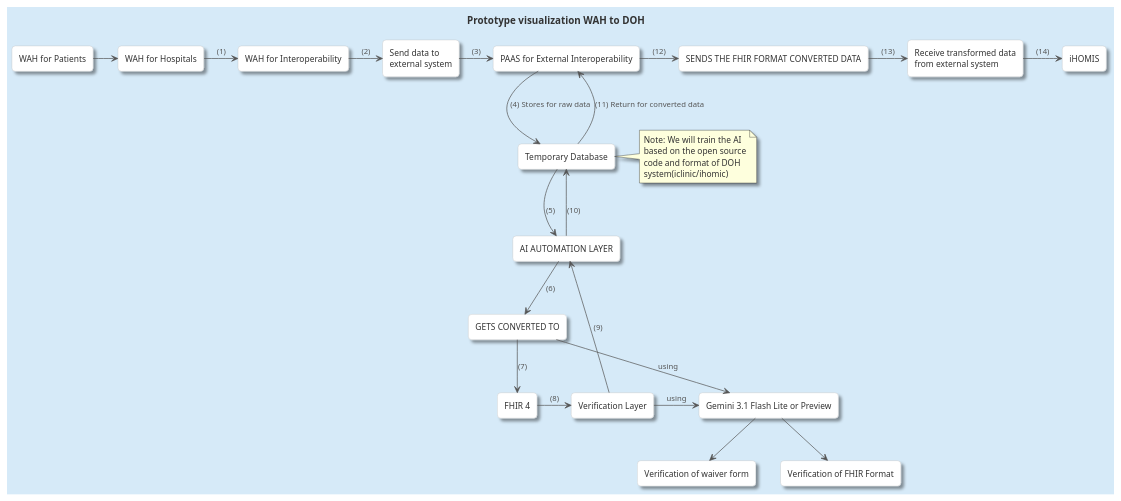
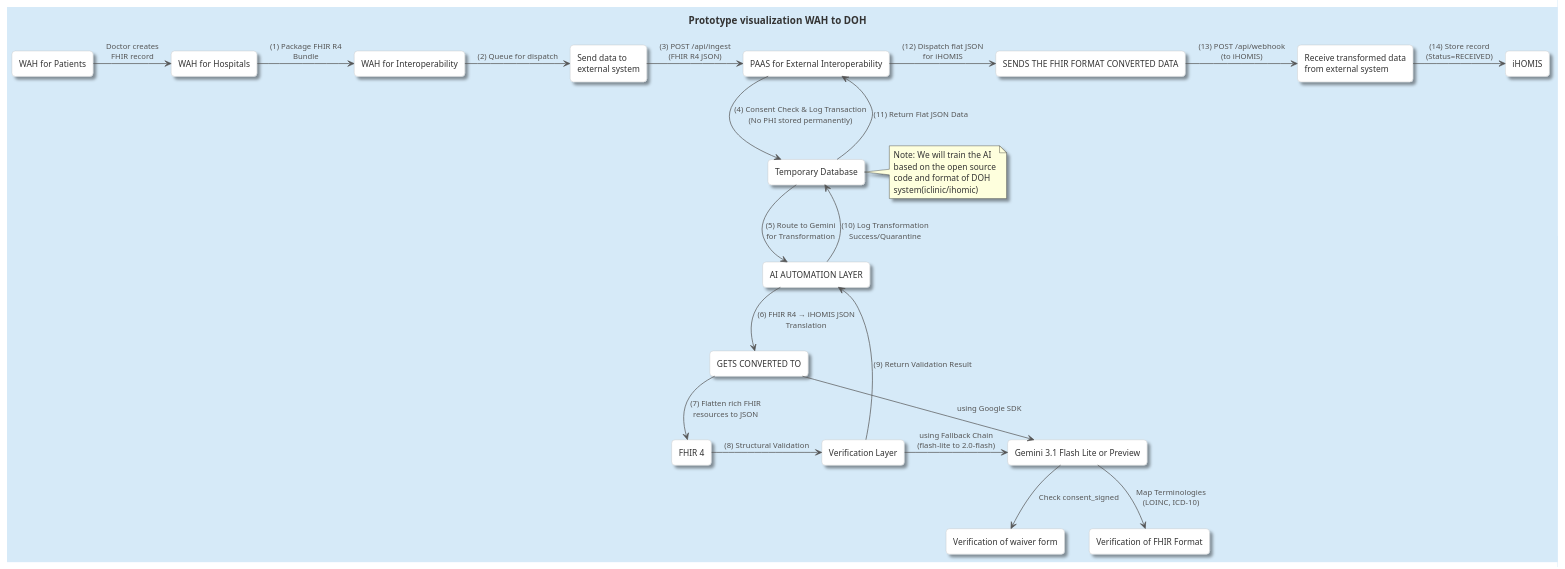
One commit to Vince0028/WAH4PCE-MERGE-CONFLICT changed the diagram in diagrams/flow_wah_to_doh.puml. Above: the diagram before and after it, drawn with PlantUML. The commit also changed 3 other files, not shown here.

Commit message:
docs: refine README and system context diagrams with improved descriptions and formatting

```diff
--- a/diagrams/flow_wah_to_doh.puml
+++ b/diagrams/flow_wah_to_doh.puml
@@ -1,75 +1,75 @@
 @startuml Flow_WAH_to_DOH
 ' ============================================================
 ' Flow: WAH to DOH (Based on Figma Prototype Visualization)
 ' ============================================================
 
 skinparam backgroundColor #D6EAF8
 skinparam defaultFontColor #333333
 skinparam defaultFontName "Segoe UI"
 skinparam defaultFontSize 12
 skinparam shadowing true
 
 skinparam rectangle {
     BackgroundColor #FFFFFF
     BorderColor #BDBDBD
     FontColor #333333
     FontSize 12
     RoundCorner 10
 }
 
 skinparam arrow {
     Color #555555
     FontColor #555555
     FontSize 11
 }
 
 title **Prototype visualization WAH to DOH**
 
 rectangle "WAH for Patients" as WAH_PATIENTS
 rectangle "WAH for Hospitals" as WAH_HOSP
 rectangle "WAH for Interoperability" as WAH_INTEROP
 rectangle "Send data to\nexternal system" as SEND_EXT
 rectangle "PAAS for External Interoperability" as PAAS
 rectangle "Temporary Database" as TEMP_DB
 rectangle "AI AUTOMATION LAYER" as AI_LAYER
 rectangle "GETS CONVERTED TO" as CONVERT
 rectangle "FHIR 4" as FHIR
 rectangle "Verification Layer" as VERIFY
 rectangle "Gemini 3.1 Flash Lite or Preview" as GEMINI
 rectangle "Verification of waiver form" as WAIVER
 rectangle "Verification of FHIR Format" as FORMAT
 rectangle "SENDS THE FHIR FORMAT CONVERTED DATA" as SEND_FHIR
 rectangle "Receive transformed data\nfrom external system" as RECEIVE_TRANS
 rectangle "iHOMIS" as IHOMIS
 
 ' Main horizontal flow
-WAH_PATIENTS -right-> WAH_HOSP
-WAH_HOSP -right-> WAH_INTEROP : (1)
-WAH_INTEROP -right-> SEND_EXT : (2)
-SEND_EXT -right-> PAAS : (3)
-PAAS -right-> SEND_FHIR : (12)
-SEND_FHIR -right-> RECEIVE_TRANS : (13)
-RECEIVE_TRANS -right-> IHOMIS : (14)
+WAH_PATIENTS -right-> WAH_HOSP : Doctor creates\nFHIR record
+WAH_HOSP -right-> WAH_INTEROP : (1) Package FHIR R4\nBundle
+WAH_INTEROP -right-> SEND_EXT : (2) Queue for dispatch
+SEND_EXT -right-> PAAS : (3) POST /api/ingest\n(FHIR R4 JSON)
+PAAS -right-> SEND_FHIR : (12) Dispatch flat JSON\nfor iHOMIS
+SEND_FHIR -right-> RECEIVE_TRANS : (13) POST /api/webhook\n(to iHOMIS)
+RECEIVE_TRANS -right-> IHOMIS : (14) Store record\n(Status=RECEIVED)
 
 ' Vertical AI Flow
-PAAS -down-> TEMP_DB : (4) Stores for raw data
-TEMP_DB -down-> AI_LAYER : (5) 
-AI_LAYER -down-> CONVERT : (6)
-CONVERT -left-> GEMINI : using
-CONVERT -down-> FHIR : (7)
-FHIR -right-> VERIFY : (8)
-VERIFY -right-> GEMINI : using
-GEMINI -down-> WAIVER
-GEMINI -down-> FORMAT
-VERIFY -up-> AI_LAYER : (9)
-AI_LAYER -up-> TEMP_DB : (10)
-TEMP_DB -up-> PAAS : (11) Return for converted data
+PAAS -down-> TEMP_DB : (4) Consent Check & Log Transaction\n(No PHI stored permanently)
+TEMP_DB -down-> AI_LAYER : (5) Route to Gemini\nfor Transformation
+AI_LAYER -down-> CONVERT : (6) FHIR R4 → iHOMIS JSON\nTranslation
+CONVERT -left-> GEMINI : using Google SDK
+CONVERT -down-> FHIR : (7) Flatten rich FHIR\nresources to JSON
+FHIR -right-> VERIFY : (8) Structural Validation
+VERIFY -right-> GEMINI : using Fallback Chain\n(flash-lite to 2.0-flash)
+GEMINI -down-> WAIVER : Check consent_signed
+GEMINI -down-> FORMAT : Map Terminologies\n(LOINC, ICD-10)
+VERIFY -up-> AI_LAYER : (9) Return Validation Result
+AI_LAYER -up-> TEMP_DB : (10) Log Transformation\nSuccess/Quarantine
+TEMP_DB -up-> PAAS : (11) Return Flat JSON Data
 
 note right of TEMP_DB
   Note: We will train the AI
   based on the open source
   code and format of DOH
   system(iclinic/ihomic)
 end note
 
 @enduml
```
